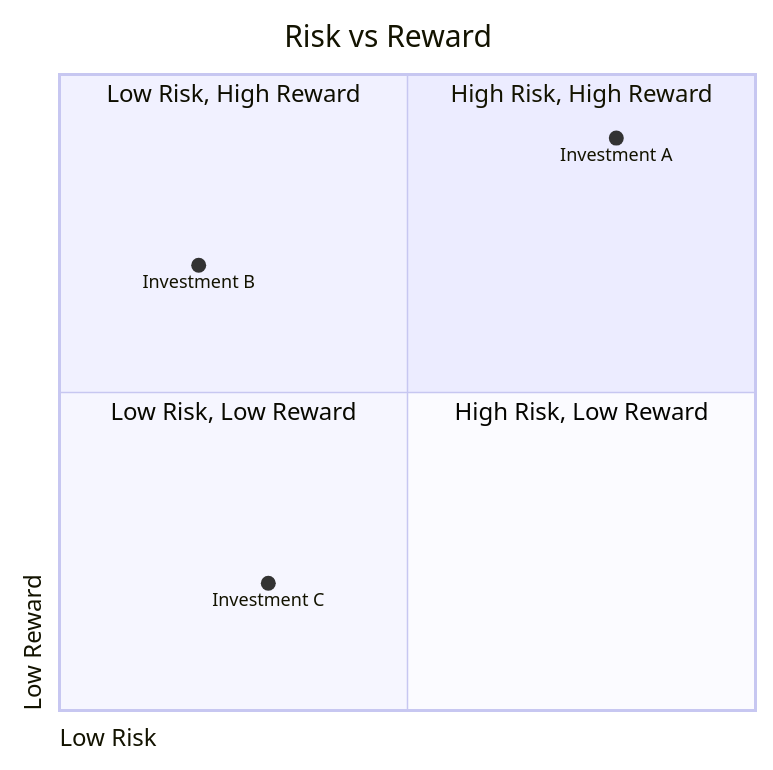
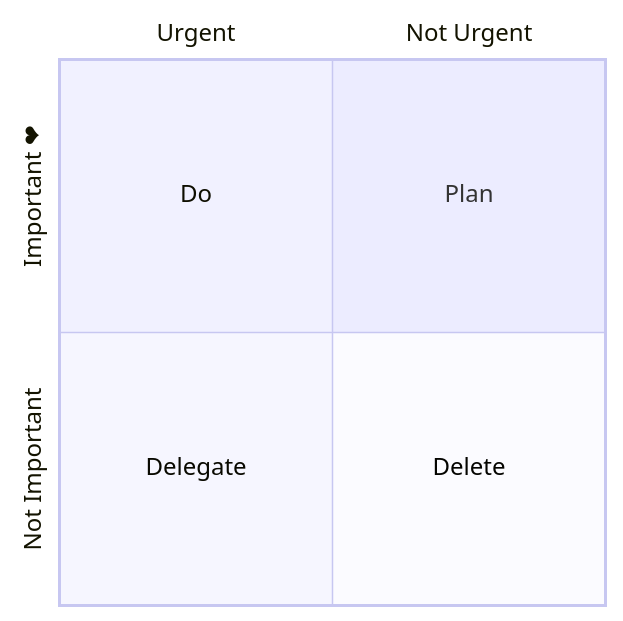
Before and after one commit to teachingai/full-stack-skills: the second of 4 diagrams in skills/mermaid/examples/quadrant.md, drawn with Mermaid. The commit also changed other lines of this file and 21 other files, not shown here.

First line of the commit message:
docs(mermaid): 更新架构、块、C4和类图示例文档

````diff
--- a/skills/mermaid/examples/quadrant.md
+++ b/skills/mermaid/examples/quadrant.md
@@ -41,13 +49,17 @@
 ```mermaid
+---
+config:
+  quadrantChart:
+    chartWidth: 400
+    chartHeight: 400
+  themeVariables:
+    quadrant1TextFill: "ff0000"
+---
 quadrantChart
-    title Risk vs Reward
-    x-axis Low Risk
-    y-axis Low Reward
-    quadrant-1 High Risk, High Reward
-    quadrant-2 Low Risk, High Reward
-    quadrant-3 Low Risk, Low Reward
-    quadrant-4 High Risk, Low Reward
-    Investment A: [0.8, 0.9]
-    Investment B: [0.2, 0.7]
-    Investment C: [0.3, 0.2]
+  x-axis Urgent --> Not Urgent
+  y-axis Not Important --> "Important ❤"
+  quadrant-1 Plan
+  quadrant-2 Do
+  quadrant-3 Delegate
+  quadrant-4 Delete
 ```
````
